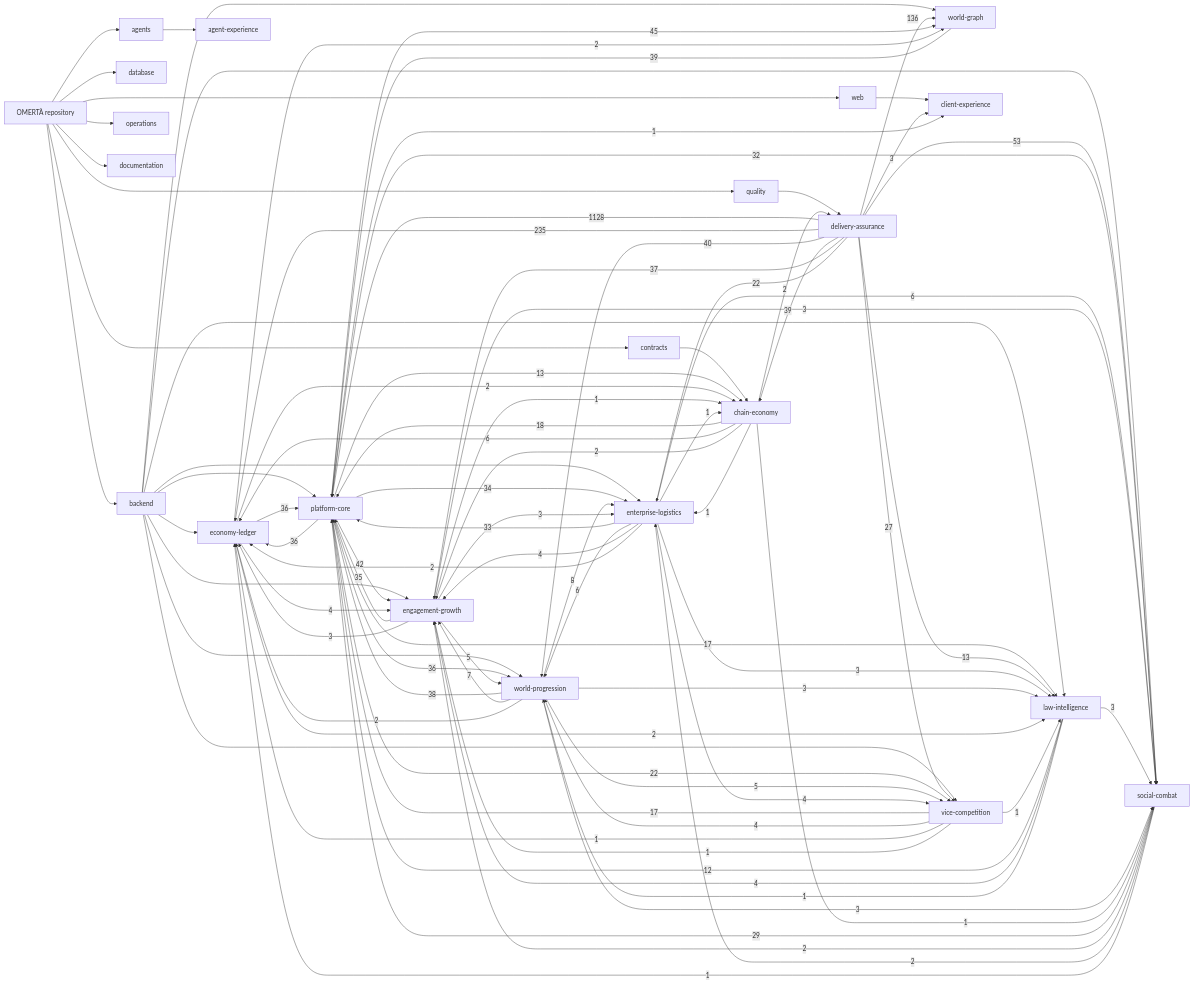
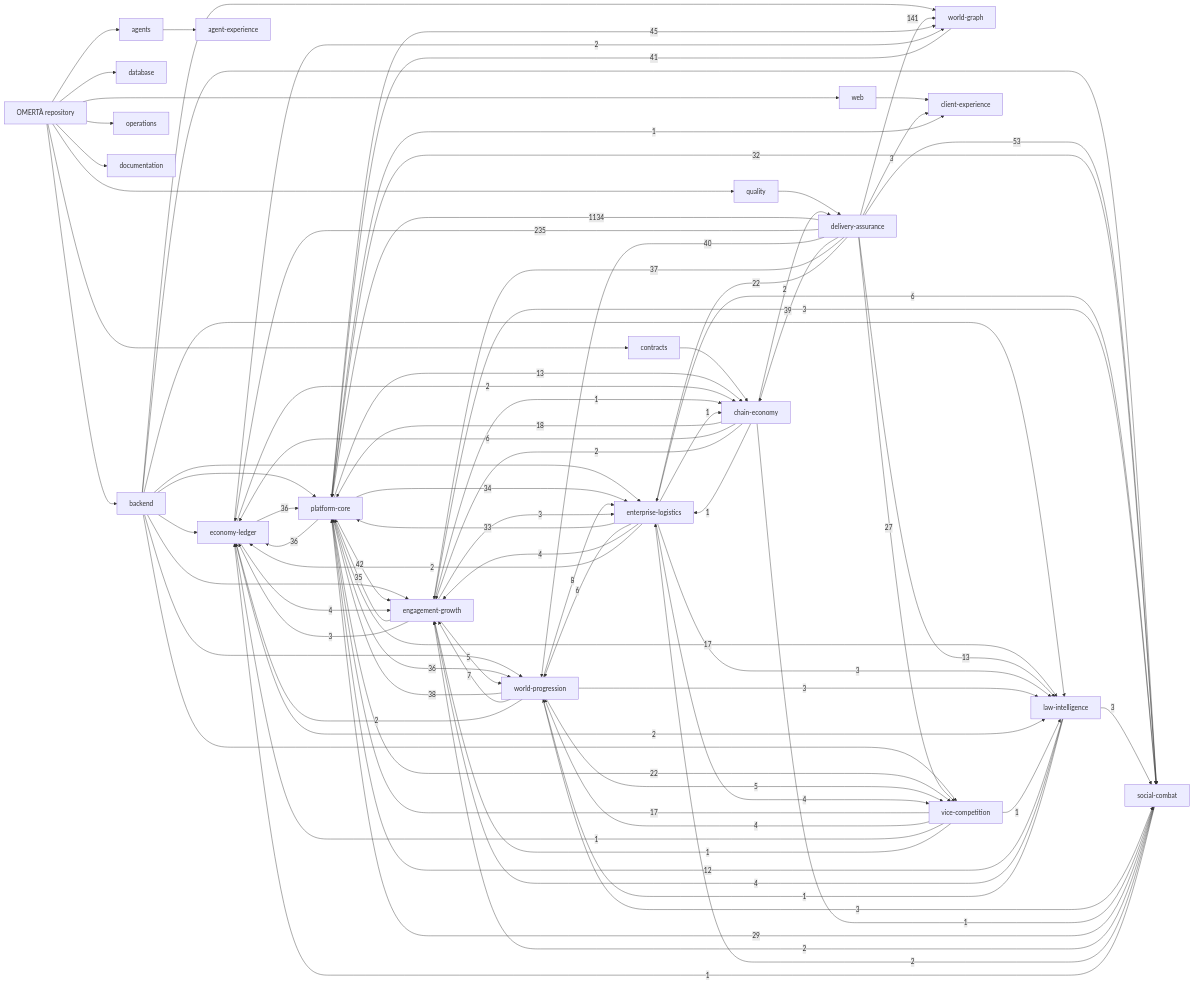
One commit to OmertaDev/Omerta changed the diagram in knowledge/generated/graph.mmd. Above: the diagram before and after it, drawn with Mermaid. The commit also changed 6 other files, not shown here.

```diff
--- a/knowledge/generated/graph.mmd
+++ b/knowledge/generated/graph.mmd
@@ -1,111 +1,111 @@
 flowchart LR
   repo["OMERTÀ repository"]
   sub_backend["backend"]
   repo --> sub_backend
   sub_database["database"]
   repo --> sub_database
   sub_web["web"]
   repo --> sub_web
   sub_contracts["contracts"]
   repo --> sub_contracts
   sub_agents["agents"]
   repo --> sub_agents
   sub_quality["quality"]
   repo --> sub_quality
   sub_operations["operations"]
   repo --> sub_operations
   sub_documentation["documentation"]
   repo --> sub_documentation
   dom_platform-core["platform-core"]
   dom_economy-ledger["economy-ledger"]
   dom_social-combat["social-combat"]
   dom_world-progression["world-progression"]
   dom_world-graph["world-graph"]
   dom_enterprise-logistics["enterprise-logistics"]
   dom_vice-competition["vice-competition"]
   dom_law-intelligence["law-intelligence"]
   dom_chain-economy["chain-economy"]
   dom_engagement-growth["engagement-growth"]
   dom_client-experience["client-experience"]
   dom_agent-experience["agent-experience"]
   dom_delivery-assurance["delivery-assurance"]
   sub_agents --> dom_agent-experience
   sub_backend --> dom_economy-ledger
   sub_backend --> dom_engagement-growth
   sub_backend --> dom_enterprise-logistics
   sub_backend --> dom_law-intelligence
   sub_backend --> dom_platform-core
   sub_backend --> dom_social-combat
   sub_backend --> dom_vice-competition
   sub_backend --> dom_world-graph
   sub_backend --> dom_world-progression
   sub_contracts --> dom_chain-economy
   sub_quality --> dom_delivery-assurance
   sub_web --> dom_client-experience
-  dom_delivery-assurance -->|1128| dom_platform-core
+  dom_delivery-assurance -->|1134| dom_platform-core
   dom_delivery-assurance -->|235| dom_economy-ledger
-  dom_delivery-assurance -->|136| dom_world-graph
+  dom_delivery-assurance -->|141| dom_world-graph
   dom_delivery-assurance -->|53| dom_social-combat
   dom_platform-core -->|45| dom_world-graph
   dom_platform-core -->|42| dom_engagement-growth
+  dom_world-graph -->|41| dom_platform-core
   dom_delivery-assurance -->|40| dom_world-progression
   dom_delivery-assurance -->|39| dom_chain-economy
-  dom_world-graph -->|39| dom_platform-core
   dom_world-progression -->|38| dom_platform-core
   dom_delivery-assurance -->|37| dom_engagement-growth
   dom_economy-ledger -->|36| dom_platform-core
   dom_platform-core -->|36| dom_economy-ledger
   dom_platform-core -->|36| dom_world-progression
   dom_engagement-growth -->|35| dom_platform-core
   dom_platform-core -->|34| dom_enterprise-logistics
   dom_enterprise-logistics -->|33| dom_platform-core
   dom_platform-core -->|32| dom_social-combat
   dom_social-combat -->|29| dom_platform-core
   dom_delivery-assurance -->|27| dom_vice-competition
   dom_delivery-assurance -->|22| dom_enterprise-logistics
   dom_platform-core -->|22| dom_vice-competition
   dom_chain-economy -->|18| dom_platform-core
   dom_platform-core -->|17| dom_law-intelligence
   dom_vice-competition -->|17| dom_platform-core
   dom_delivery-assurance -->|13| dom_law-intelligence
   dom_platform-core -->|13| dom_chain-economy
   dom_law-intelligence -->|12| dom_platform-core
   dom_world-progression -->|8| dom_enterprise-logistics
   dom_world-progression -->|7| dom_engagement-growth
   dom_chain-economy -->|6| dom_economy-ledger
   dom_enterprise-logistics -->|6| dom_social-combat
   dom_enterprise-logistics -->|6| dom_world-progression
   dom_engagement-growth -->|5| dom_world-progression
   dom_world-progression -->|5| dom_vice-competition
   dom_economy-ledger -->|4| dom_engagement-growth
   dom_enterprise-logistics -->|4| dom_engagement-growth
   dom_enterprise-logistics -->|4| dom_vice-competition
   dom_law-intelligence -->|4| dom_engagement-growth
   dom_vice-competition -->|4| dom_world-progression
   dom_delivery-assurance -->|3| dom_client-experience
   dom_engagement-growth -->|3| dom_economy-ledger
   dom_engagement-growth -->|3| dom_enterprise-logistics
   dom_engagement-growth -->|3| dom_social-combat
   dom_enterprise-logistics -->|3| dom_law-intelligence
   dom_law-intelligence -->|3| dom_social-combat
   dom_world-progression -->|3| dom_law-intelligence
   dom_world-progression -->|3| dom_social-combat
   dom_chain-economy -->|2| dom_delivery-assurance
   dom_chain-economy -->|2| dom_engagement-growth
   dom_economy-ledger -->|2| dom_chain-economy
   dom_economy-ledger -->|2| dom_law-intelligence
   dom_economy-ledger -->|2| dom_world-graph
   dom_enterprise-logistics -->|2| dom_economy-ledger
   dom_social-combat -->|2| dom_engagement-growth
   dom_social-combat -->|2| dom_enterprise-logistics
   dom_world-progression -->|2| dom_economy-ledger
   dom_chain-economy -->|1| dom_enterprise-logistics
   dom_chain-economy -->|1| dom_social-combat
   dom_engagement-growth -->|1| dom_chain-economy
   dom_enterprise-logistics -->|1| dom_chain-economy
   dom_law-intelligence -->|1| dom_world-progression
   dom_platform-core -->|1| dom_client-experience
   dom_social-combat -->|1| dom_economy-ledger
   dom_vice-competition -->|1| dom_economy-ledger
   dom_vice-competition -->|1| dom_engagement-growth
   dom_vice-competition -->|1| dom_law-intelligence
```
